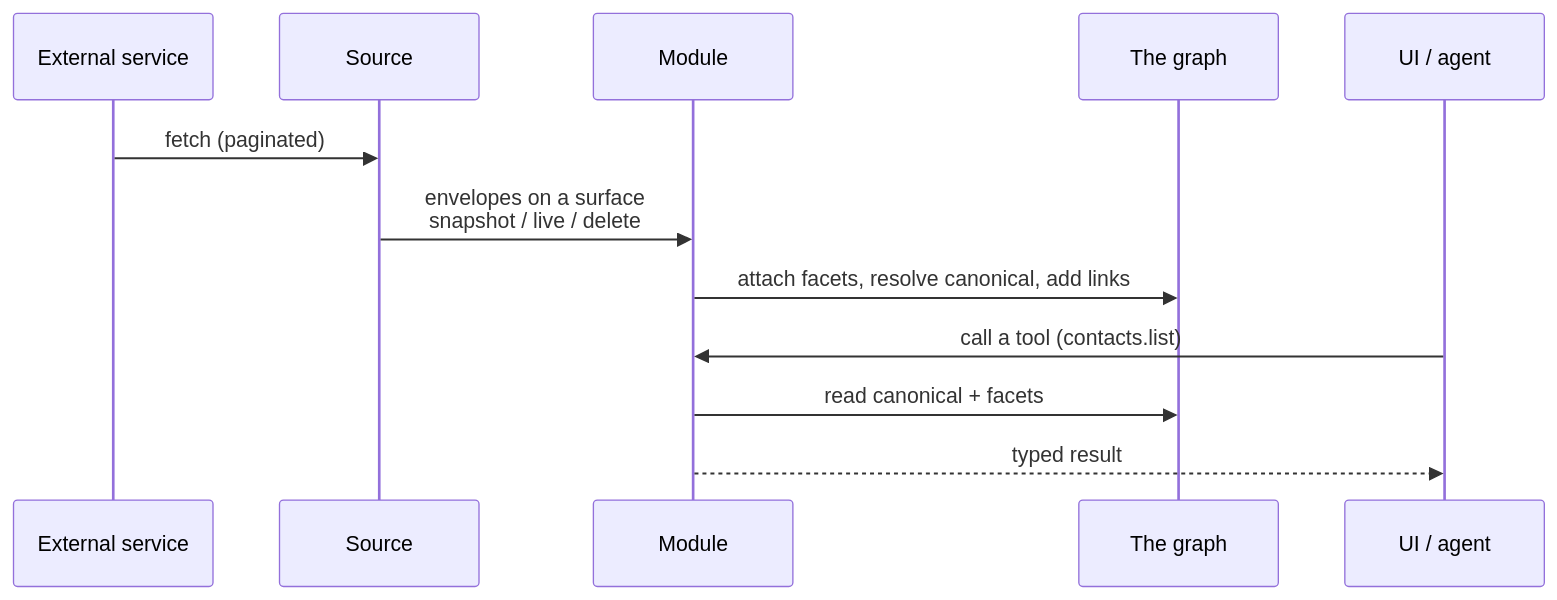
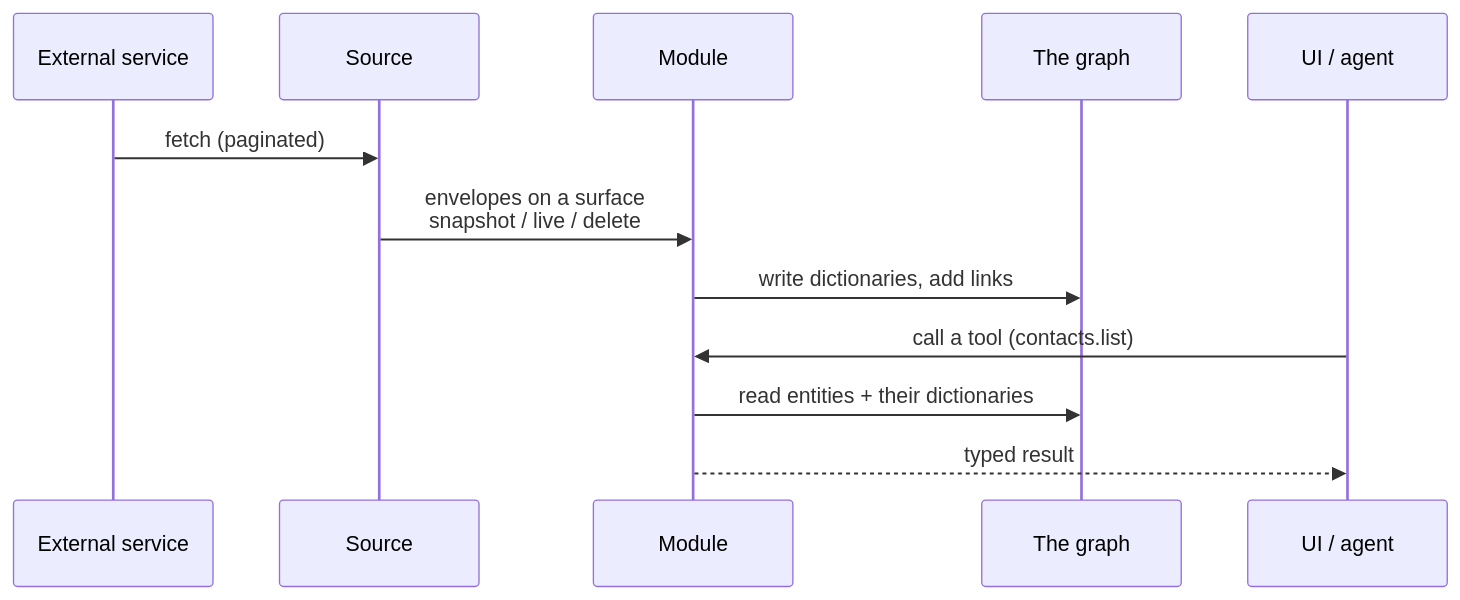
The third of 4 diagrams in docs/plugins/architecture.md (0xmikko/magnis), drawn with Mermaid before and after one commit. The commit also changed other lines of this file and 8 other files, not shown here.

First line of the commit message:
docs: the reference describes the property graph it actually has

````diff
--- a/docs/plugins/architecture.md
+++ b/docs/plugins/architecture.md
@@ -108,15 +112,15 @@
 ```mermaid
 sequenceDiagram
     participant Ext as External service
     participant Src as Source
     participant Mod as Module
     participant Graph as The graph
     participant UI as UI / agent
 
     Ext->>Src: fetch (paginated)
     Src->>Mod: envelopes on a surface<br/>snapshot / live / delete
-    Mod->>Graph: attach facets, resolve canonical, add links
+    Mod->>Graph: write dictionaries, add links
     UI->>Mod: call a tool (contacts.list)
-    Mod->>Graph: read canonical + facets
+    Mod->>Graph: read entities + their dictionaries
     Mod-->>UI: typed result
 ```
````
